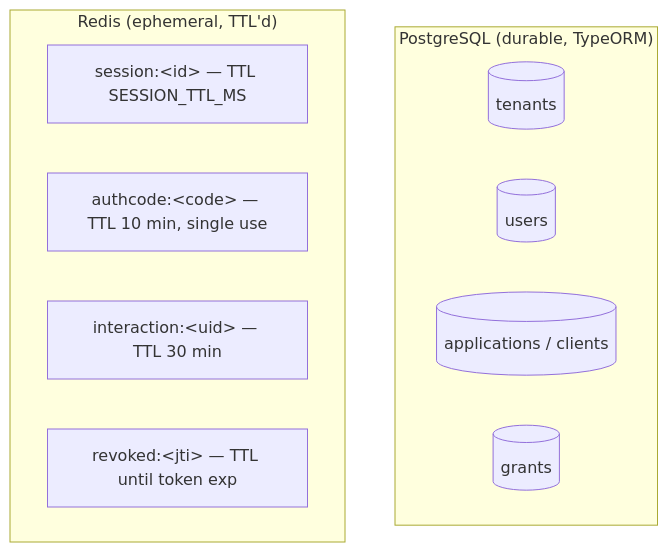
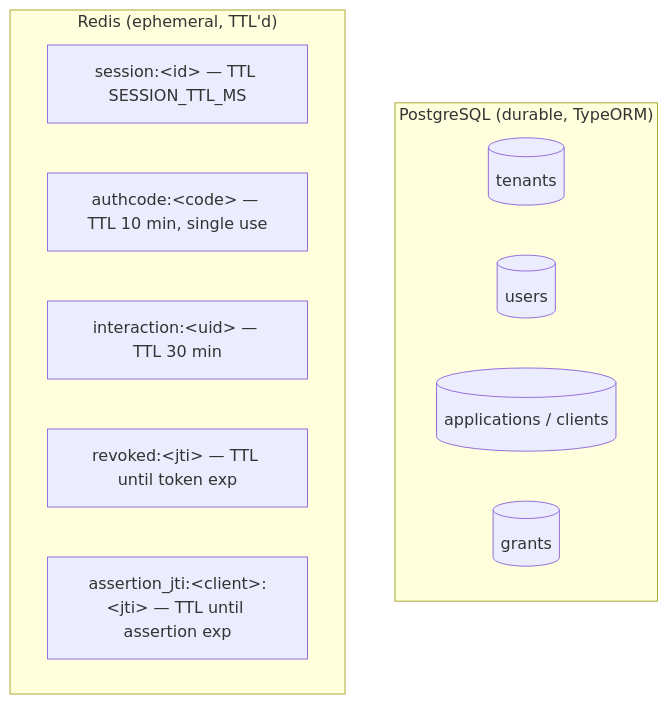
The second of 3 diagrams in docs/architecture.md (bmc1995/identity-nest), drawn with Mermaid before and after one commit. The commit also changed other lines of this file and 5 other files, not shown here.

Commit message:
chore(docs): update documentation & roadmap

````diff
--- a/docs/architecture.md
+++ b/docs/architecture.md
@@ -127,16 +130,17 @@
 ```mermaid
 graph TB
   subgraph PostgreSQL["PostgreSQL (durable, TypeORM)"]
     Tenants[(tenants)]
     Users[(users)]
     Apps[(applications / clients)]
     Grants[(grants)]
   end
 
   subgraph Redis["Redis (ephemeral, TTL'd)"]
     Sessions["session:&lt;id&gt; — TTL SESSION_TTL_MS"]
     Codes["authcode:&lt;code&gt; — TTL 10 min, single use"]
     Inter["interaction:&lt;uid&gt; — TTL 30 min"]
     Deny["revoked:&lt;jti&gt; — TTL until token exp"]
+    Assert["assertion_jti:&lt;client&gt;:&lt;jti&gt; — TTL until assertion exp"]
   end
 ```
````
